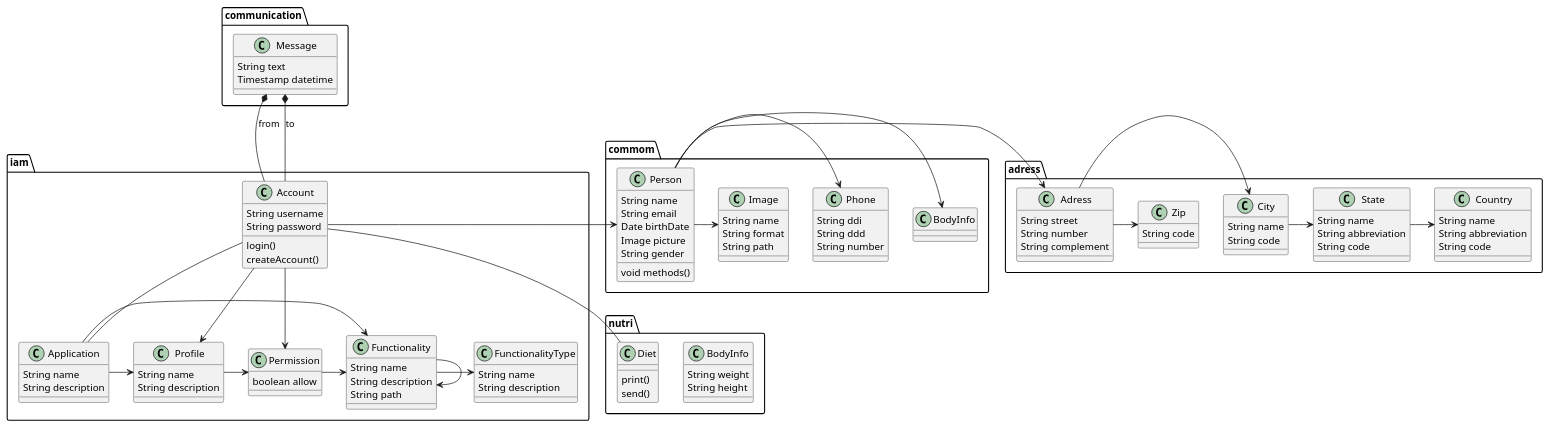
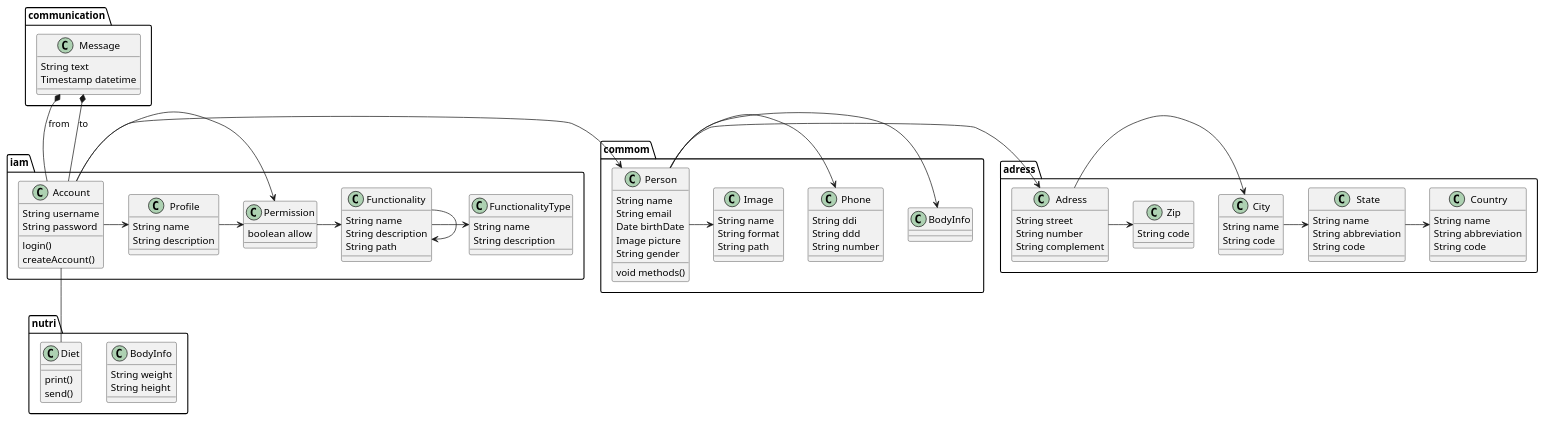
One commit to zehgreven/nutri-be-ddd-ca changed the diagram in documentation/Class.puml. Above: the diagram before and after it, drawn with PlantUML. The commit also changed 26 other files, not shown here.

```diff
--- a/documentation/Class.puml
+++ b/documentation/Class.puml
@@ -1,132 +1,123 @@
 @startuml
 
 package iam {
   class Account {
     String username
     String password
     login()
     createAccount()
   }
   Account -> Profile
-  Account -- Application
   Account -> Permission
 
   class Profile {
     String name
     String description
   }
   Profile -> Permission
 
   class Permission {
     boolean allow
   }
   Permission -> Functionality
 
-  class Application {
-    String name
-    String description
-  }
-  Application -> Profile
-  Application -> Functionality
-
   class Functionality {
     String name
     String description
     String path
   }
   Functionality -> Functionality
   Functionality -> FunctionalityType
 
   class FunctionalityType {
     String name
     String description
   }
-
 }
 
 package commom {
   class Person {
     String name
     String email
     Date birthDate
     Image picture
     String gender
     void methods()
   }
   Person -> BodyInfo
   Person -> Phone
   Person -> Image
   Account -> Person
 
   class Phone {
     String ddi
     String ddd
     String number
   }
 
   class Image {
     String name
     String format
     String path
   }
 }
 
 package adress {
   class Adress {
     String street
     String number
     String complement
   }
   Adress -> City
   Adress -> Zip
   Person -> Adress
 
   class Zip {
     String code
   }
 
   class City {
     String name
     String code
   }
   City -> State
 
   class State {
     String name
     String abbreviation
     String code
   }
   State -> Country
 
   class Country {
     String name
     String abbreviation
     String code
   }
 }
 
 package communication {
   class Message {
     String text
     Timestamp datetime
   }
   Message *-- Account : from
   Message *-- Account : to
 }
 
 package nutri {
   class BodyInfo {
     String weight
     String height
   }
 
   class Diet {
     print()
     send()
   }
   Diet -up- Account
 }
 
 
 
 @enduml
```
